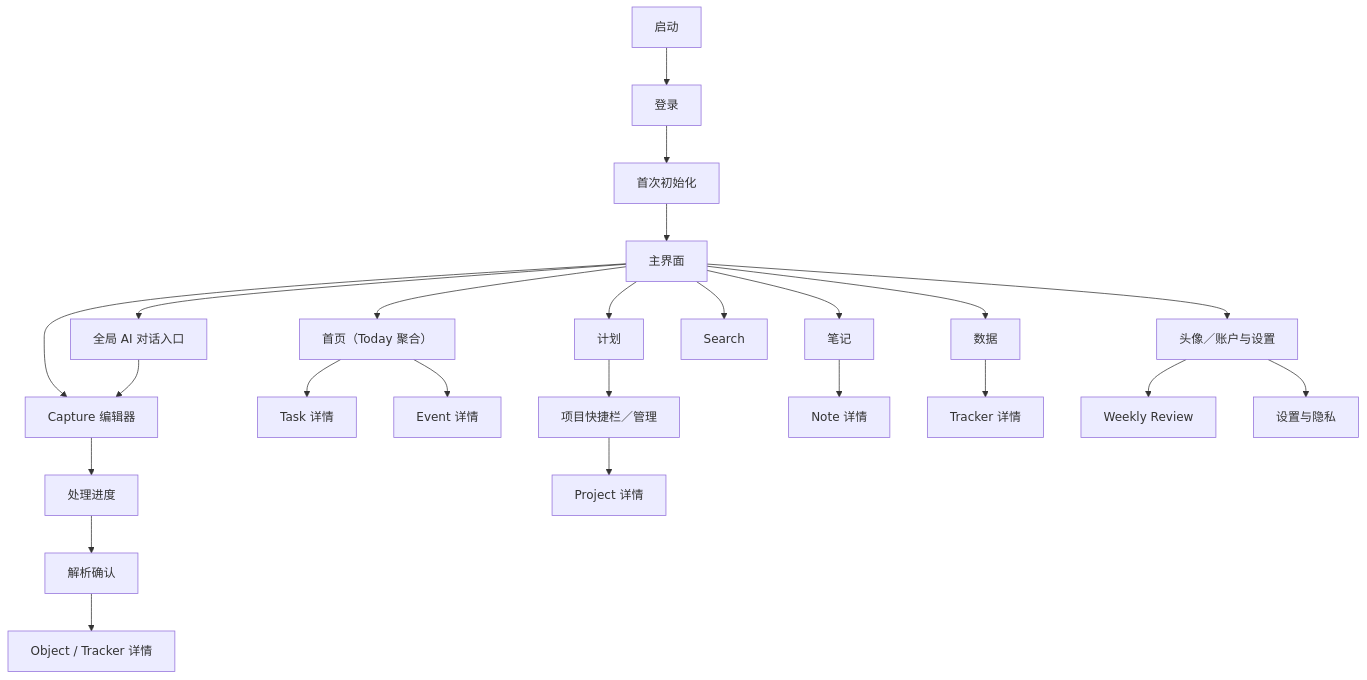
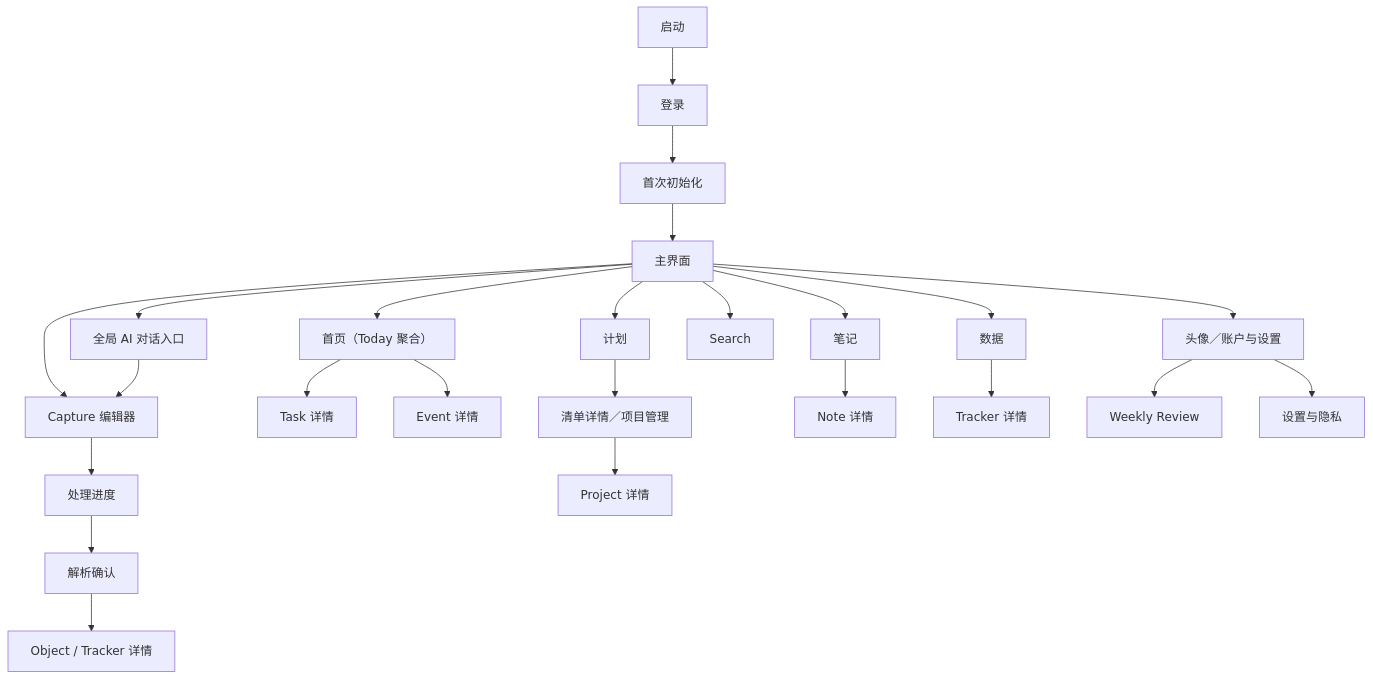
Before and after one commit to xiaoguo123456/steward: the first of 2 diagrams in docs/AI事管家_产品设计说明_MVP_v0.1.md, drawn with Mermaid. The commit also changed other lines of this file and 9 other files, not shown here.

Commit message:
简化计划页并完善日历视图

````diff
--- a/docs/AI事管家_产品设计说明_MVP_v0.1.md
+++ b/docs/AI事管家_产品设计说明_MVP_v0.1.md
@@ -103,26 +103,26 @@
 ```mermaid
 flowchart TD
     A["启动"] --> B["登录"]
     B --> C["首次初始化"]
     C --> D["主界面"]
     D --> T["首页（Today 聚合）"]
     D --> L["计划"]
     D --> N["笔记"]
     D --> DA["数据"]
     D --> S["Search"]
     D --> CAP["Capture 编辑器"]
     D --> AIQ["全局 AI 对话入口"]
     AIQ --> CAP
     CAP --> PRO["处理进度"]
     PRO --> CON["解析确认"]
     CON --> OD["Object / Tracker 详情"]
     T --> TD["Task 详情"]
     T --> ED["Event 详情"]
-    L --> P["项目快捷栏／管理"]
+    L --> P["清单详情／项目管理"]
     P --> PD["Project 详情"]
     N --> ND["Note 详情"]
     DA --> TR["Tracker 详情"]
     D --> ACC["头像／账户与设置"]
     ACC --> WR["Weekly Review"]
     ACC --> SET["设置与隐私"]
 ```
````
